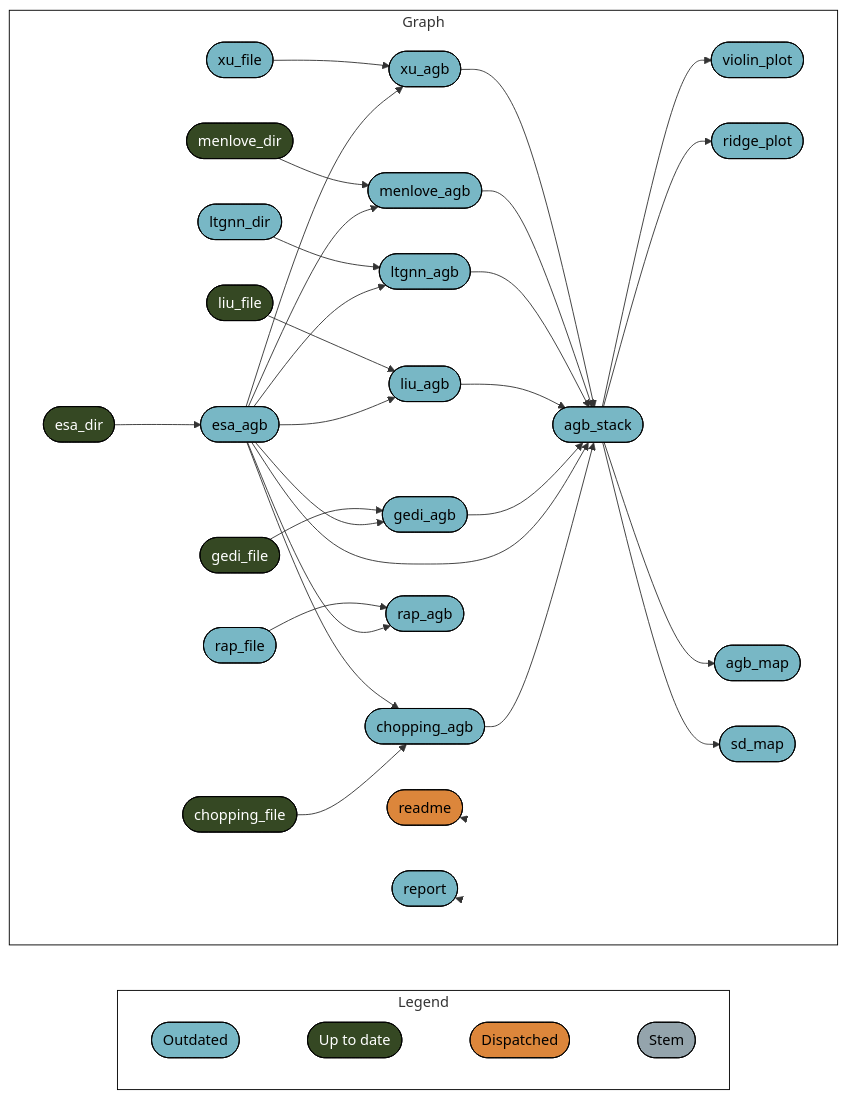
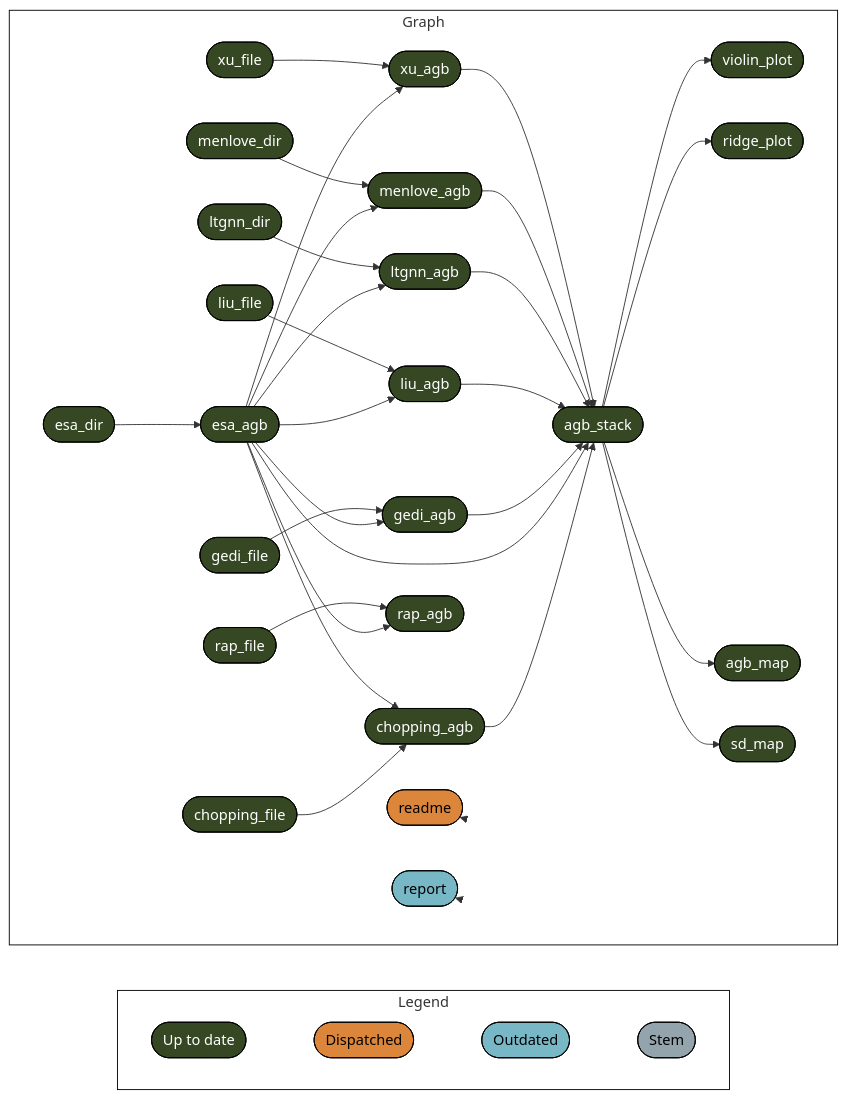
One commit to EcosystemEcologyLab/SW_Biomass changed the diagram in README.md. Above: the diagram before and after it, drawn with Mermaid. The commit also changed other lines of this file and 2 other files, not shown here.

Commit message:
always re-render readme

````diff
--- a/README.md
+++ b/README.md
@@ -36,51 +36,51 @@
 ``` mermaid
 graph LR
   style Legend fill:#FFFFFF00,stroke:#000000;
   style Graph fill:#FFFFFF00,stroke:#000000;
   subgraph Legend
     direction LR
-    x0a52b03877696646([""Outdated""]):::outdated --- x7420bd9270f8d27d([""Up to date""]):::uptodate
     x7420bd9270f8d27d([""Up to date""]):::uptodate --- xa8565c104d8f0705([""Dispatched""]):::dispatched
-    xa8565c104d8f0705([""Dispatched""]):::dispatched --- xbf4603d6c2c2ad6b([""Stem""]):::none
+    xa8565c104d8f0705([""Dispatched""]):::dispatched --- x0a52b03877696646([""Outdated""]):::outdated
+    x0a52b03877696646([""Outdated""]):::outdated --- xbf4603d6c2c2ad6b([""Stem""]):::none
   end
   subgraph Graph
     direction LR
-    x9f7f8cade5fecf35(["esa_agb"]):::outdated --> xb420f92ea294cb0b(["menlove_agb"]):::outdated
-    x5086af9665941a9e(["menlove_dir"]):::uptodate --> xb420f92ea294cb0b(["menlove_agb"]):::outdated
-    x9f7f8cade5fecf35(["esa_agb"]):::outdated --> xe4f3f2f15e724def(["liu_agb"]):::outdated
-    x26d0dae1bf6fcb39(["liu_file"]):::uptodate --> xe4f3f2f15e724def(["liu_agb"]):::outdated
-    x74a8a38fc5a3e271(["agb_stack"]):::outdated --> xfe73ce9654aaf612(["violin_plot"]):::outdated
-    x10672e980111f5c2(["chopping_agb"]):::outdated --> x74a8a38fc5a3e271(["agb_stack"]):::outdated
-    x9f7f8cade5fecf35(["esa_agb"]):::outdated --> x74a8a38fc5a3e271(["agb_stack"]):::outdated
-    x5bee436f312cca80(["gedi_agb"]):::outdated --> x74a8a38fc5a3e271(["agb_stack"]):::outdated
-    xe4f3f2f15e724def(["liu_agb"]):::outdated --> x74a8a38fc5a3e271(["agb_stack"]):::outdated
-    x7ff1622cd5d030f8(["ltgnn_agb"]):::outdated --> x74a8a38fc5a3e271(["agb_stack"]):::outdated
-    xb420f92ea294cb0b(["menlove_agb"]):::outdated --> x74a8a38fc5a3e271(["agb_stack"]):::outdated
-    x6bb719b45bfee760(["xu_agb"]):::outdated --> x74a8a38fc5a3e271(["agb_stack"]):::outdated
-    x9f7f8cade5fecf35(["esa_agb"]):::outdated --> x6bb719b45bfee760(["xu_agb"]):::outdated
-    x39b0a131ab7dd2d0(["xu_file"]):::outdated --> x6bb719b45bfee760(["xu_agb"]):::outdated
-    x74a8a38fc5a3e271(["agb_stack"]):::outdated --> x13774cf4f2cc9b83(["ridge_plot"]):::outdated
-    x80cf9d1bb79c21e3(["chopping_file"]):::uptodate --> x10672e980111f5c2(["chopping_agb"]):::outdated
-    x9f7f8cade5fecf35(["esa_agb"]):::outdated --> x10672e980111f5c2(["chopping_agb"]):::outdated
-    x9f7f8cade5fecf35(["esa_agb"]):::outdated --> x5bee436f312cca80(["gedi_agb"]):::outdated
-    x8d7fb25f1e16bc4f(["gedi_file"]):::uptodate --> x5bee436f312cca80(["gedi_agb"]):::outdated
-    xb91305eee1f5b0b5(["esa_dir"]):::uptodate --> x9f7f8cade5fecf35(["esa_agb"]):::outdated
-    x9f7f8cade5fecf35(["esa_agb"]):::outdated --> x5688b5ef6bcea6f9(["rap_agb"]):::outdated
-    x9889d33e942dc03b(["rap_file"]):::outdated --> x5688b5ef6bcea6f9(["rap_agb"]):::outdated
-    x74a8a38fc5a3e271(["agb_stack"]):::outdated --> xd959ad20dd7fd009(["agb_map"]):::outdated
-    x9f7f8cade5fecf35(["esa_agb"]):::outdated --> x7ff1622cd5d030f8(["ltgnn_agb"]):::outdated
-    xc968c07864940097(["ltgnn_dir"]):::outdated --> x7ff1622cd5d030f8(["ltgnn_agb"]):::outdated
-    x74a8a38fc5a3e271(["agb_stack"]):::outdated --> x7dce032f25b5c564(["sd_map"]):::outdated
+    x9f7f8cade5fecf35(["esa_agb"]):::uptodate --> xb420f92ea294cb0b(["menlove_agb"]):::uptodate
+    x5086af9665941a9e(["menlove_dir"]):::uptodate --> xb420f92ea294cb0b(["menlove_agb"]):::uptodate
+    x9f7f8cade5fecf35(["esa_agb"]):::uptodate --> xe4f3f2f15e724def(["liu_agb"]):::uptodate
+    x26d0dae1bf6fcb39(["liu_file"]):::uptodate --> xe4f3f2f15e724def(["liu_agb"]):::uptodate
+    x74a8a38fc5a3e271(["agb_stack"]):::uptodate --> xfe73ce9654aaf612(["violin_plot"]):::uptodate
+    x10672e980111f5c2(["chopping_agb"]):::uptodate --> x74a8a38fc5a3e271(["agb_stack"]):::uptodate
+    x9f7f8cade5fecf35(["esa_agb"]):::uptodate --> x74a8a38fc5a3e271(["agb_stack"]):::uptodate
+    x5bee436f312cca80(["gedi_agb"]):::uptodate --> x74a8a38fc5a3e271(["agb_stack"]):::uptodate
+    xe4f3f2f15e724def(["liu_agb"]):::uptodate --> x74a8a38fc5a3e271(["agb_stack"]):::uptodate
+    x7ff1622cd5d030f8(["ltgnn_agb"]):::uptodate --> x74a8a38fc5a3e271(["agb_stack"]):::uptodate
+    xb420f92ea294cb0b(["menlove_agb"]):::uptodate --> x74a8a38fc5a3e271(["agb_stack"]):::uptodate
+    x6bb719b45bfee760(["xu_agb"]):::uptodate --> x74a8a38fc5a3e271(["agb_stack"]):::uptodate
+    x9f7f8cade5fecf35(["esa_agb"]):::uptodate --> x6bb719b45bfee760(["xu_agb"]):::uptodate
+    x39b0a131ab7dd2d0(["xu_file"]):::uptodate --> x6bb719b45bfee760(["xu_agb"]):::uptodate
+    x74a8a38fc5a3e271(["agb_stack"]):::uptodate --> x13774cf4f2cc9b83(["ridge_plot"]):::uptodate
+    x80cf9d1bb79c21e3(["chopping_file"]):::uptodate --> x10672e980111f5c2(["chopping_agb"]):::uptodate
+    x9f7f8cade5fecf35(["esa_agb"]):::uptodate --> x10672e980111f5c2(["chopping_agb"]):::uptodate
+    x9f7f8cade5fecf35(["esa_agb"]):::uptodate --> x5bee436f312cca80(["gedi_agb"]):::uptodate
+    x8d7fb25f1e16bc4f(["gedi_file"]):::uptodate --> x5bee436f312cca80(["gedi_agb"]):::uptodate
+    xb91305eee1f5b0b5(["esa_dir"]):::uptodate --> x9f7f8cade5fecf35(["esa_agb"]):::uptodate
+    x9f7f8cade5fecf35(["esa_agb"]):::uptodate --> x5688b5ef6bcea6f9(["rap_agb"]):::uptodate
+    x9889d33e942dc03b(["rap_file"]):::uptodate --> x5688b5ef6bcea6f9(["rap_agb"]):::uptodate
+    x74a8a38fc5a3e271(["agb_stack"]):::uptodate --> xd959ad20dd7fd009(["agb_map"]):::uptodate
+    x9f7f8cade5fecf35(["esa_agb"]):::uptodate --> x7ff1622cd5d030f8(["ltgnn_agb"]):::uptodate
+    xc968c07864940097(["ltgnn_dir"]):::uptodate --> x7ff1622cd5d030f8(["ltgnn_agb"]):::uptodate
+    x74a8a38fc5a3e271(["agb_stack"]):::uptodate --> x7dce032f25b5c564(["sd_map"]):::uptodate
     x6e52cb0f1668cc22(["readme"]):::dispatched --> x6e52cb0f1668cc22(["readme"]):::dispatched
     xe0fba61fbc506510(["report"]):::outdated --> xe0fba61fbc506510(["report"]):::outdated
   end
-  classDef outdated stroke:#000000,color:#000000,fill:#78B7C5;
   classDef uptodate stroke:#000000,color:#ffffff,fill:#354823;
   classDef dispatched stroke:#000000,color:#000000,fill:#DC863B;
+  classDef outdated stroke:#000000,color:#000000,fill:#78B7C5;
   classDef none stroke:#000000,color:#000000,fill:#94a4ac;
   linkStyle 0 stroke-width:0px;
   linkStyle 1 stroke-width:0px;
   linkStyle 2 stroke-width:0px;
   linkStyle 29 stroke-width:0px;
   linkStyle 30 stroke-width:0px;
 ```
````
